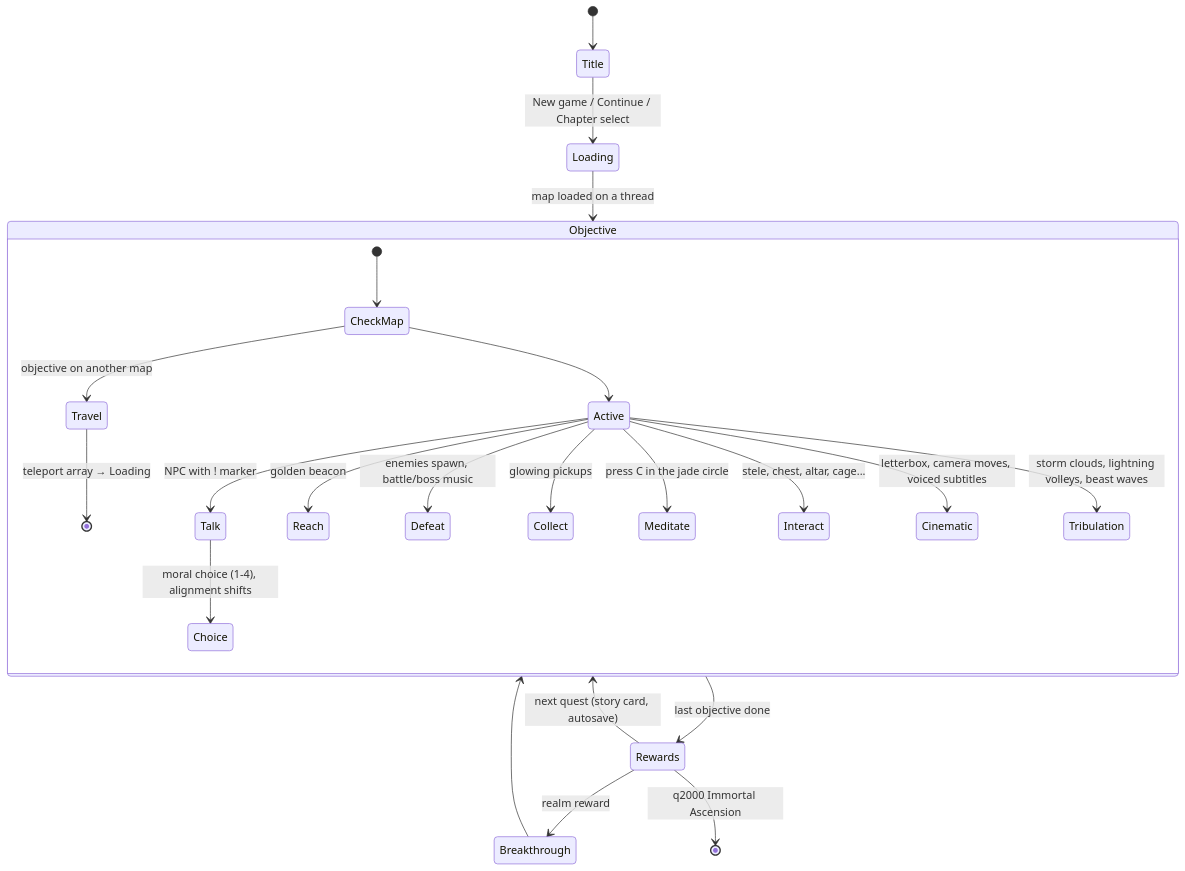
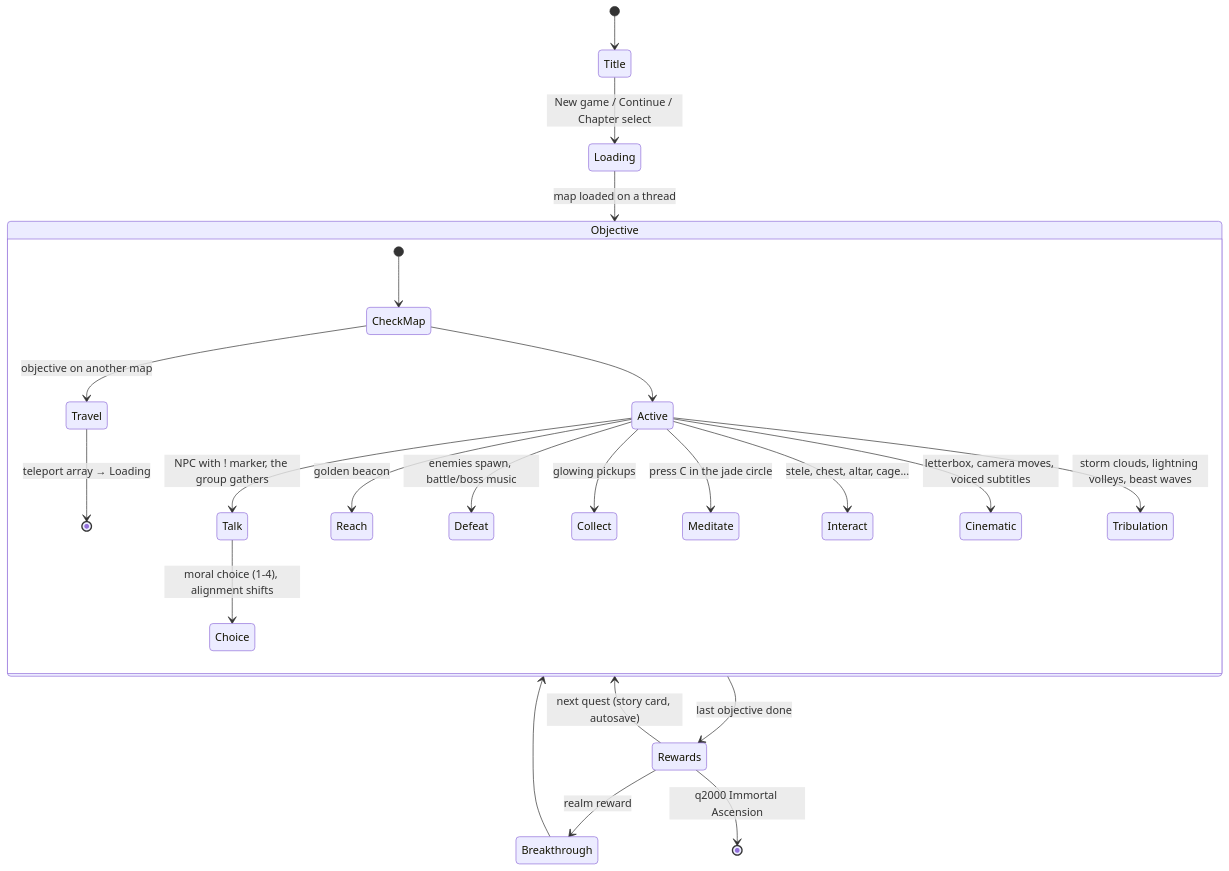
One commit to jgyy/vnxianxia changed the fourth of 4 diagrams in README.md. Above: the diagram before and after it, drawn with Mermaid. The commit also changed other lines of this file and 1247 other files, not shown here.

````diff
--- a/README.md
+++ b/README.md
@@ -137,26 +252,26 @@
 ```mermaid
 stateDiagram-v2
     [*] --> Title
     Title --> Loading: New game / Continue / Chapter select
     Loading --> Objective: map loaded on a thread
     state Objective {
         [*] --> CheckMap
         CheckMap --> Travel: objective on another map
         Travel --> [*]: teleport array → Loading
         CheckMap --> Active
-        Active --> Talk: NPC with ! marker
+        Active --> Talk: NPC with ! marker, the group gathers
         Active --> Reach: golden beacon
         Active --> Defeat: enemies spawn, battle/boss music
         Active --> Collect: glowing pickups
         Active --> Meditate: press C in the jade circle
         Active --> Interact: stele, chest, altar, cage...
         Active --> Cinematic: letterbox, camera moves, voiced subtitles
         Active --> Tribulation: storm clouds, lightning volleys, beast waves
         Talk --> Choice: moral choice (1-4), alignment shifts
     }
     Objective --> Rewards: last objective done
     Rewards --> Objective: next quest (story card, autosave)
     Rewards --> Breakthrough: realm reward
     Breakthrough --> Objective
     Rewards --> [*]: q2000 Immortal Ascension
 ```
````
